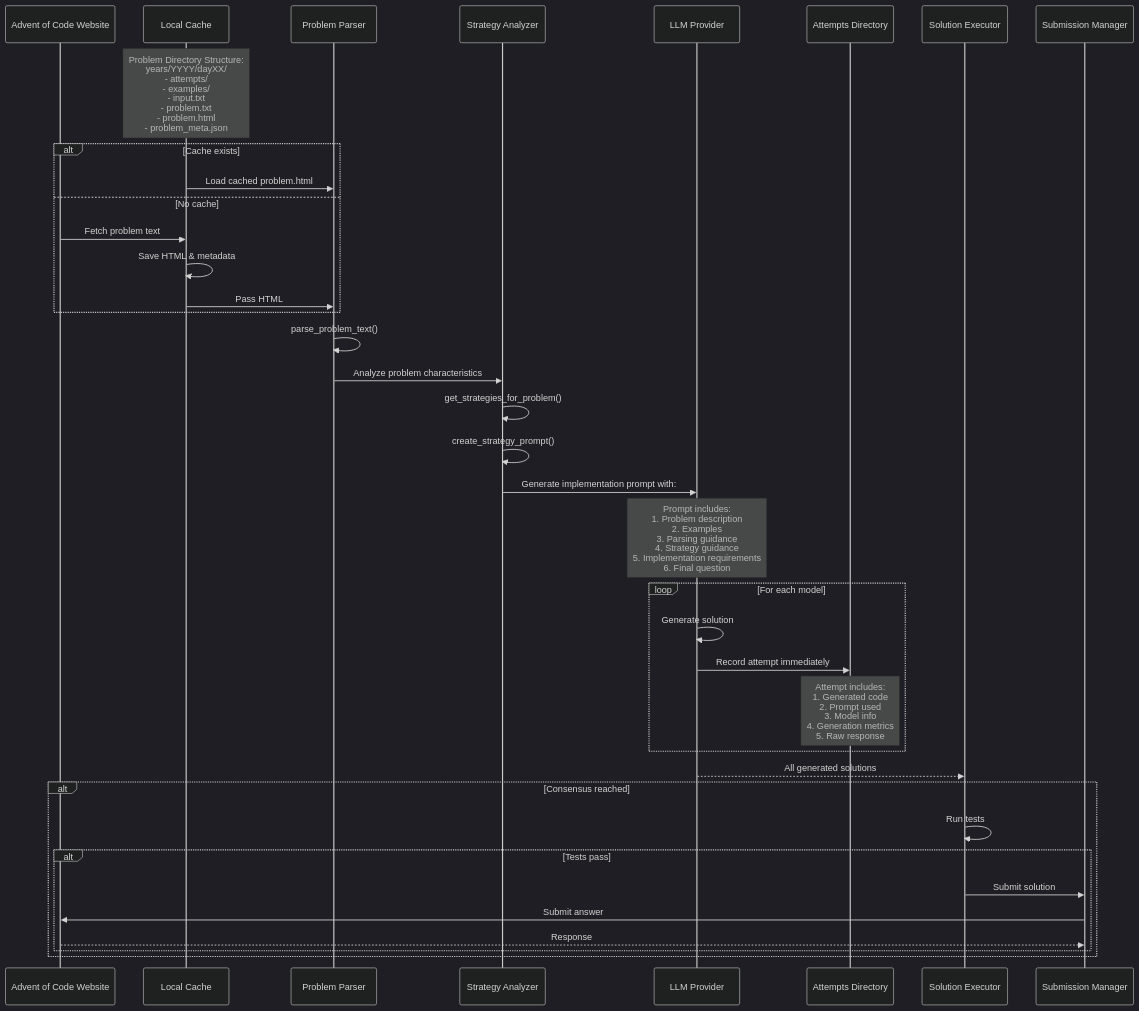
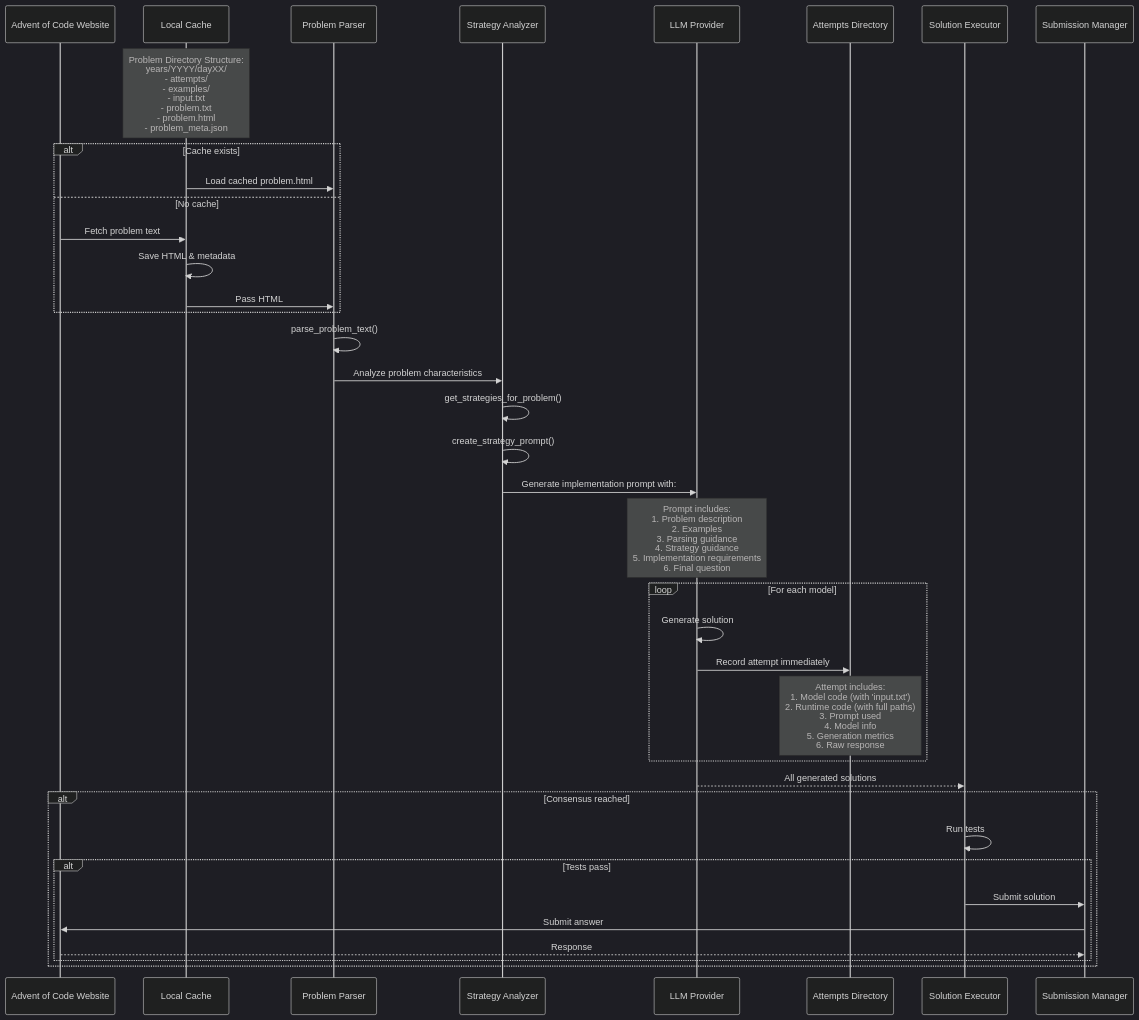
One commit to geniusworks/problem-solver changed the diagram in dev/information-flow.mmd. Above: the diagram before and after it, drawn with Mermaid (dark theme). The commit also changed 1 other file, not shown here.

Commit message:
Update architecture diagrams
- Update information flow for input file handling
- Reflect code storage separation in diagrams

```diff
--- a/dev/information-flow.mmd
+++ b/dev/information-flow.mmd
@@ -1,44 +1,44 @@
 sequenceDiagram
     participant AoC as Advent of Code Website
     participant Cache as Local Cache
     participant Parser as Problem Parser
     participant Strategy as Strategy Analyzer
     participant LLM as LLM Provider
     participant Attempts as Attempts Directory
     participant Executor as Solution Executor
     participant Submit as Submission Manager
 
     Note over Cache: Problem Directory Structure:<br/>years/YYYY/dayXX/<br/>- attempts/<br/>- examples/<br/>- input.txt<br/>- problem.txt<br/>- problem.html<br/>- problem_meta.json
 
     alt Cache exists
         Cache->>Parser: Load cached problem.html
     else No cache
         AoC->>Cache: Fetch problem text
         Cache->>Cache: Save HTML & metadata
         Cache->>Parser: Pass HTML
     end
 
     Parser->>Parser: parse_problem_text()
     Parser->>Strategy: Analyze problem characteristics
     Strategy->>Strategy: get_strategies_for_problem()
     Strategy->>Strategy: create_strategy_prompt()
 
     Strategy->>LLM: Generate implementation prompt with:
     Note over LLM: Prompt includes:<br/>1. Problem description<br/>2. Examples<br/>3. Parsing guidance<br/>4. Strategy guidance<br/>5. Implementation requirements<br/>6. Final question
 
     loop For each model
         LLM->>LLM: Generate solution
         LLM->>Attempts: Record attempt immediately
-        Note over Attempts: Attempt includes:<br/>1. Generated code<br/>2. Prompt used<br/>3. Model info<br/>4. Generation metrics<br/>5. Raw response
+        Note over Attempts: Attempt includes:<br/>1. Model code (with 'input.txt')<br/>2. Runtime code (with full paths)<br/>3. Prompt used<br/>4. Model info<br/>5. Generation metrics<br/>6. Raw response
     end
 
     LLM-->>Executor: All generated solutions
     
     alt Consensus reached
         Executor->>Executor: Run tests
         alt Tests pass
             Executor->>Submit: Submit solution
             Submit->>AoC: Submit answer
             AoC-->>Submit: Response
         end
     end
```
